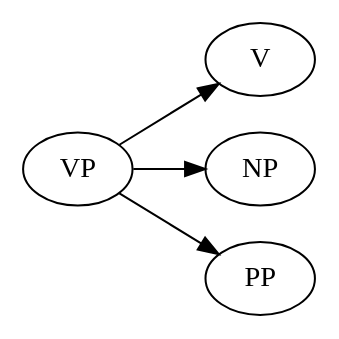
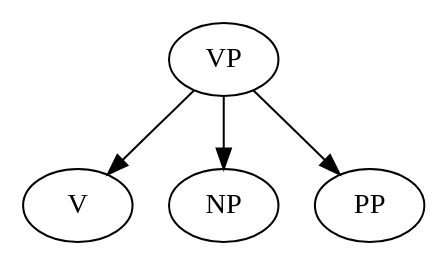
One commit to findcoo/englab changed the fifth of 5 diagrams in README.org. Above: the diagram before and after it, drawn with Graphviz. The commit also changed other lines of this file and 6 other files, not shown here.

```diff
--- a/README.org
+++ b/README.org
@@ -111,8 +104,5 @@
   #+BEGIN_SRC dot :file images/verb-phrase3.svg :exports results
 digraph VerbPhrase3 {
-rankdir=LR;
-VP -> V;
-VP -> NP;
-VP -> PP;
+VP -> {V NP PP};
 }
   #+END_SRC
```
